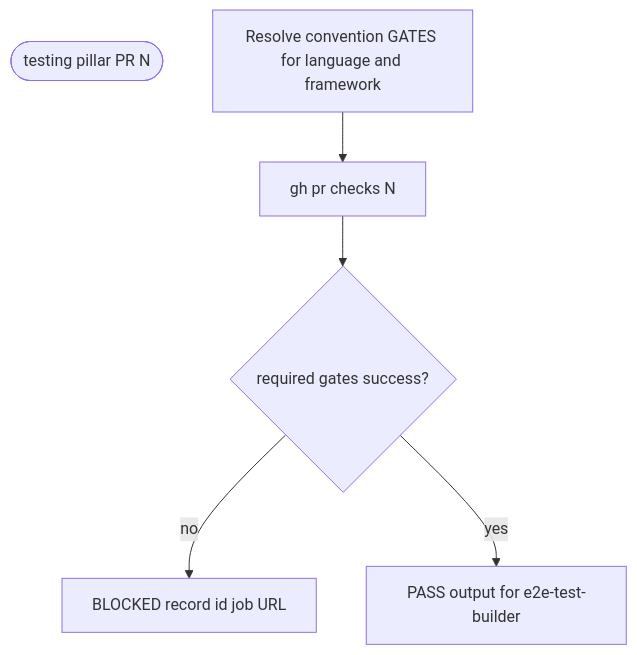
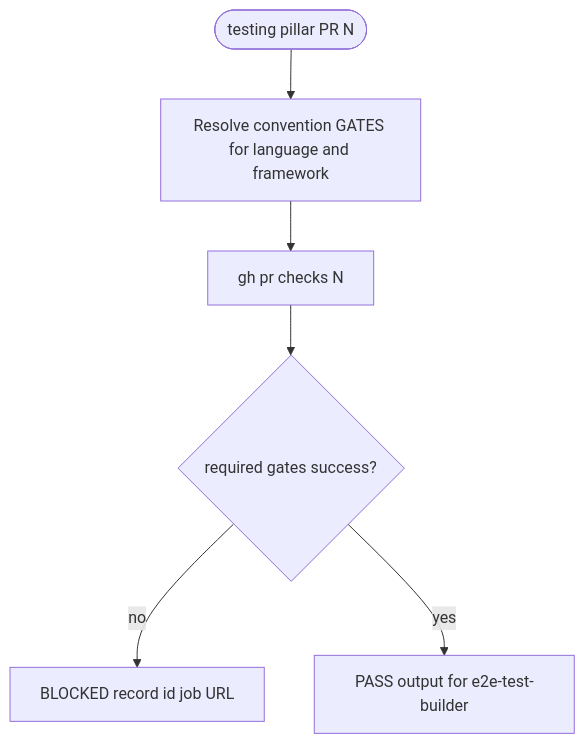
One commit to chimeranext/better-toolkits changed the first of 2 diagrams in toolkits/assurance-toolkit/references/testing/triage.md. Above: the diagram before and after it, drawn with Mermaid. The commit also changed 5 other files, not shown here.

First line of the commit message:
fix(assurance): reconnect pillar triage Mermaid start nodes (issue #90)

````diff
--- a/toolkits/assurance-toolkit/references/testing/triage.md
+++ b/toolkits/assurance-toolkit/references/testing/triage.md
@@ -16,9 +16,9 @@
 ```mermaid
 flowchart TD
   start(["testing pillar PR N"])
-  c1["Resolve convention GATES for language and framework"]
+  start --> c1["Resolve convention GATES for language and framework"]
   c1 --> c2["gh pr checks N"]
   c2 --> v{"required gates success?"}
   v -->|no| b["BLOCKED record id job URL"]
   v -->|yes| p["PASS output for e2e-test-builder"]
 ```
````
